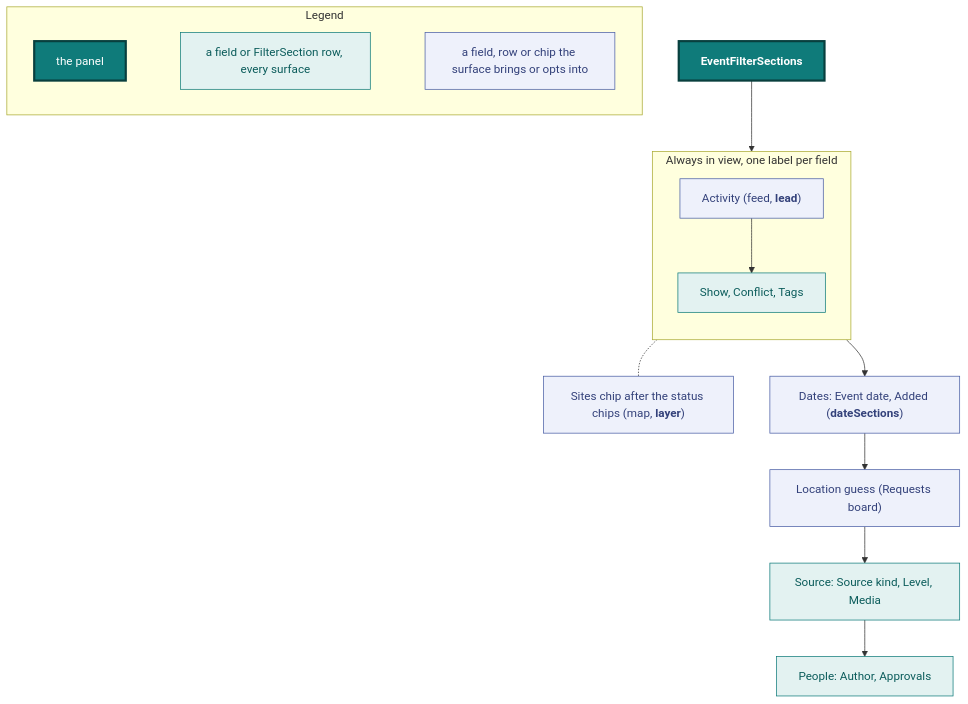
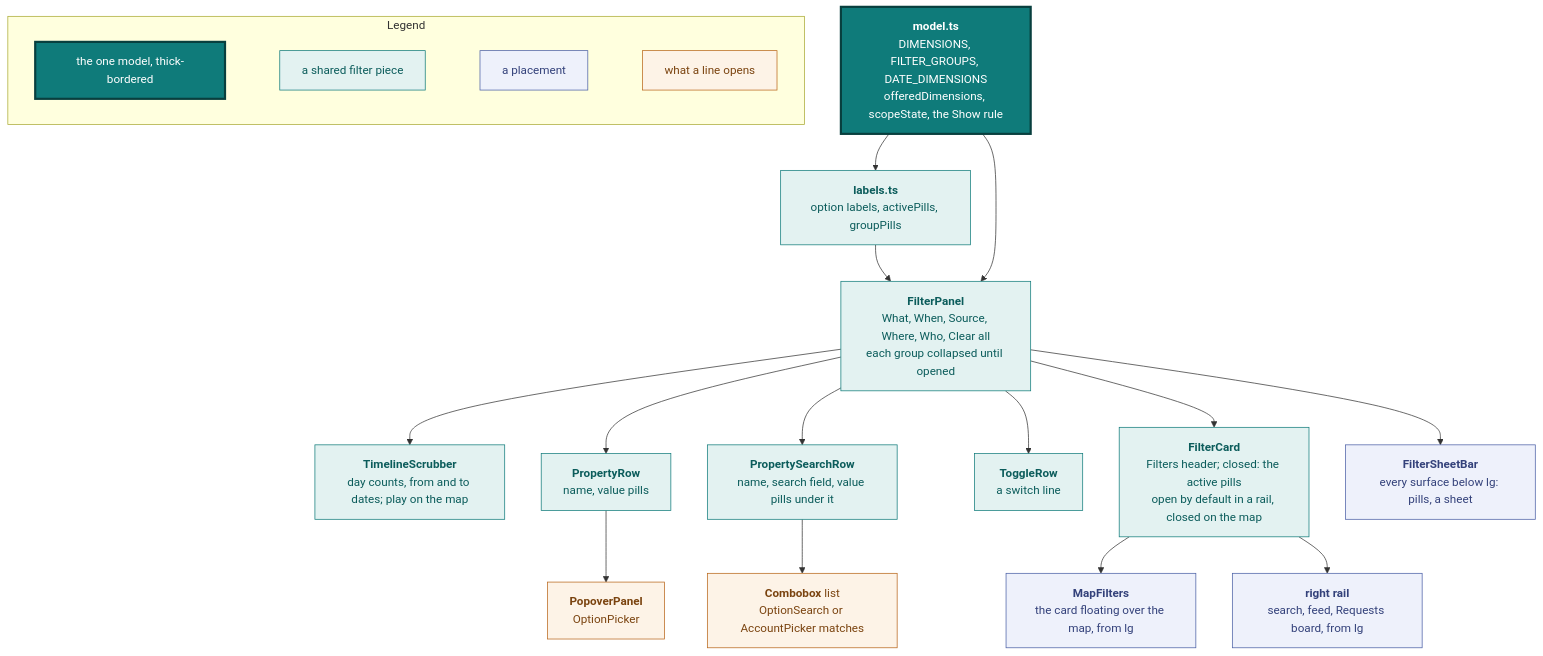
Before and after one commit to vidithq/vidit: the eighth of 23 diagrams in docs/design.md, drawn with Mermaid. The commit also changed other lines of this file and 145 other files, not shown here.

First line of the commit message:
feat: one item, one filter panel, search by kind, sites as rings (#813)

````diff
--- a/docs/design.md
+++ b/docs/design.md
@@ -706,30 +761,57 @@
 ```mermaid
 flowchart TB
+  classDef core fill:#0f7b7a,stroke:#083f3e,stroke-width:3px,color:#ffffff
   classDef shared fill:#e3f2f1,stroke:#0f7b7a,color:#0b5c5b
-  classDef core fill:#0f7b7a,stroke:#083f3e,stroke-width:3px,color:#ffffff
   classDef page fill:#eef1fb,stroke:#4a5fa5,color:#33417a
+  classDef state fill:#fdf3e7,stroke:#b8661a,color:#7a430f
 
   subgraph legend [Legend]
     direction LR
-    l1["`the panel`"]:::core
-    l2["`a field or FilterSection row, every surface`"]:::shared
-    l3["`a field, row or chip the surface brings or opts into`"]:::page
-    l1 ~~~ l2 ~~~ l3
+    l1["`the one model, thick-bordered`"]:::core
+    l2["`a shared filter piece`"]:::shared
+    l3["`a placement`"]:::page
+    l4["`what a line opens`"]:::state
+    l1 ~~~ l2 ~~~ l3 ~~~ l4
   end
 
-  panel["`**EventFilterSections**`"]:::core
-  subgraph head [Always in view, one label per field]
-    direction TB
-    lead["`Activity (feed, **lead**)`"]:::page
-    what["`Show, Conflict, Tags`"]:::shared
-    lead --> what
-  end
-  sites["`Sites chip after the status chips (map, **layer**)`"]:::page
-  dates["`Dates: Event date, Added (**dateSections**)`"]:::page
-  guess["`Location guess (Requests board)`"]:::page
-  src["`Source: Source kind, Level, Media`"]:::shared
-  people["`People: Author, Approvals`"]:::shared
+  model["`**model.ts**
+  DIMENSIONS, FILTER_GROUPS, DATE_DIMENSIONS
+  offeredDimensions, scopeState, the Show rule`"]:::core
+  labels["`**labels.ts**
+  option labels, activePills, groupPills`"]:::shared
+  panel["`**FilterPanel**
+  What, When, Source, Where, Who, Clear all
+  each group collapsed until opened`"]:::shared
+  timeline["`**TimelineScrubber**
+  day counts, from and to dates; play on the map`"]:::shared
+  line["`**PropertyRow**
+  name, value pills`"]:::shared
+  search["`**PropertySearchRow**
+  name, search field, value pills under it`"]:::shared
+  toggle["`**ToggleRow**
+  a switch line`"]:::shared
+  editor["`**PopoverPanel**
+  OptionPicker`"]:::state
+  matches["`**Combobox** list
+  OptionSearch or AccountPicker matches`"]:::state
+  card["`**FilterCard**
+  Filters header; closed: the active pills
+  open by default in a rail, closed on the map`"]:::shared
+  map["`**MapFilters**
+  the card floating over the map, from lg`"]:::page
+  rail["`**right rail**
+  search, feed, Requests board, from lg`"]:::page
+  phone["`**FilterSheetBar**
+  every surface below lg: pills, a sheet`"]:::page
 
-  panel --> head --> dates --> guess --> src --> people
-  what -.- sites
+  model --> labels --> panel
+  model --> panel
+  panel --> timeline
+  panel --> line --> editor
+  panel --> search --> matches
+  panel --> toggle
+  panel --> card
+  card --> map
+  card --> rail
+  panel --> phone
 ```
````
